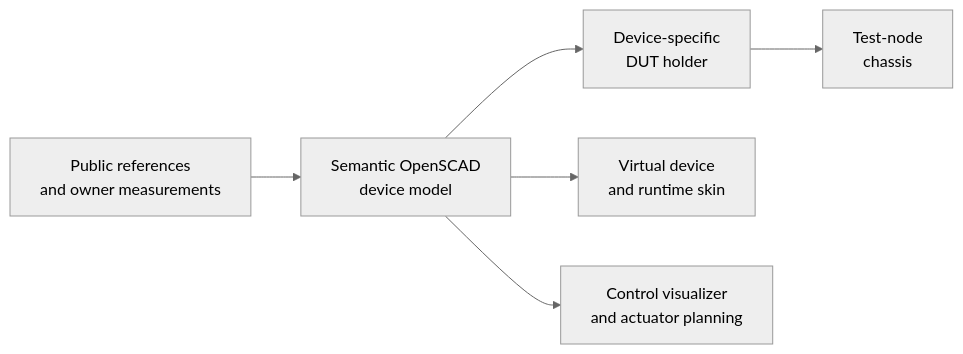
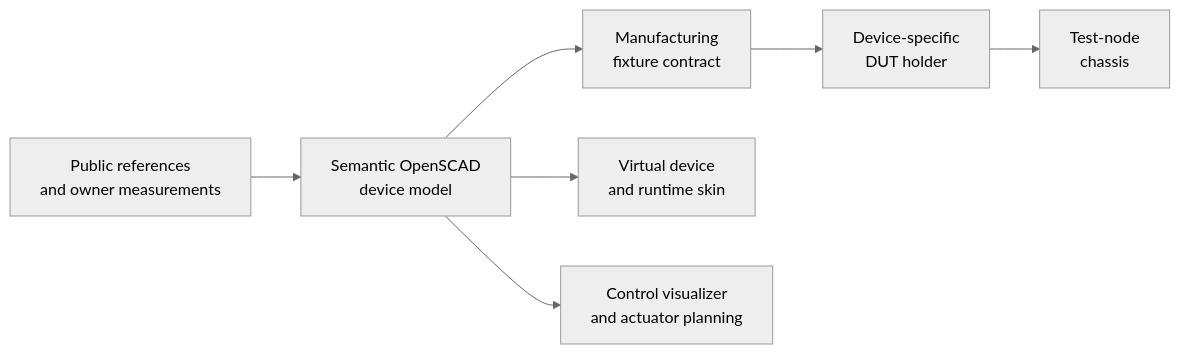
The diagram in docs/hardware/model-handheld/index.md (pocketforge-os/handbook), drawn with Mermaid (neutral theme) before and after one commit. The commit also changed other lines of this file and 12 other files, not shown here.

Commit message:
Document DUT holder design and qualification

````diff
--- a/docs/hardware/model-handheld/index.md
+++ b/docs/hardware/model-handheld/index.md
@@ -8,8 +10,9 @@
 ```mermaid
 flowchart LR
   E[Public references<br/>and owner measurements] --> M[Semantic OpenSCAD<br/>device model]
-  M --> H[Device-specific<br/>DUT holder]
+  M --> F[Manufacturing<br/>fixture contract]
+  F --> H[Device-specific<br/>DUT holder]
   M --> V[Virtual device<br/>and runtime skin]
   M --> A[Control visualizer<br/>and actuator planning]
   H --> C[Test-node<br/>chassis]
 ```
````
